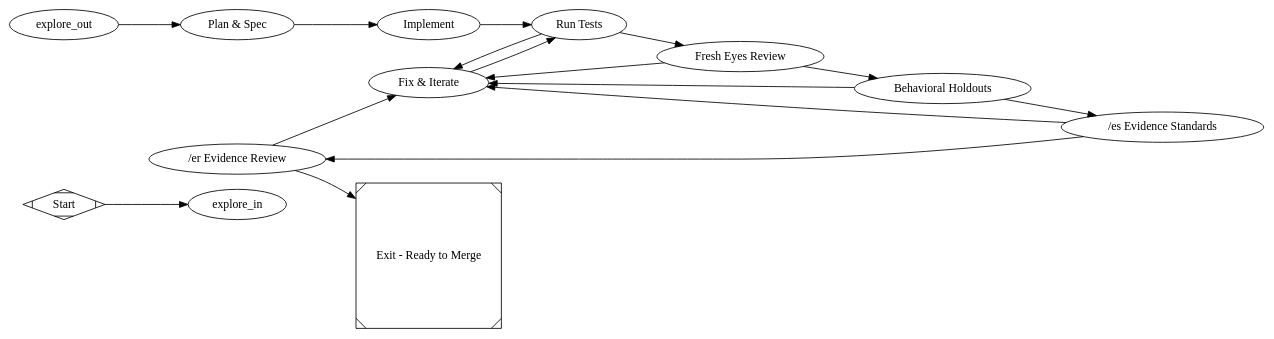
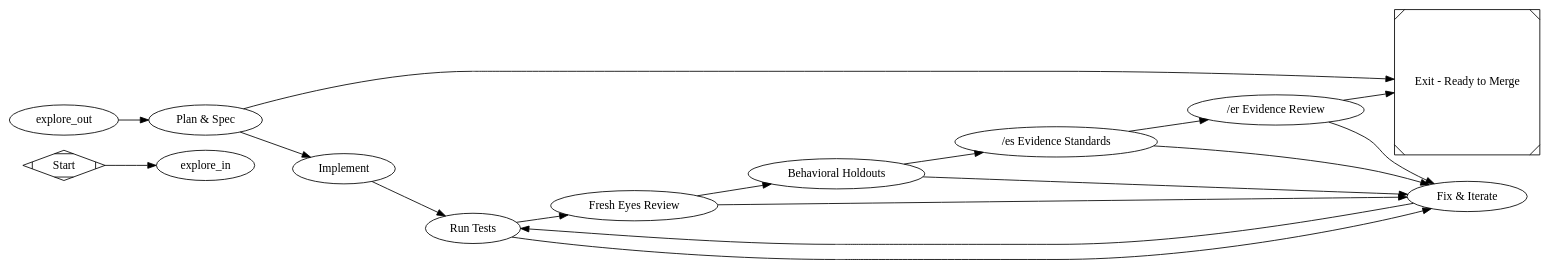
Before and after one commit to jleechanorg/dark-factory: the diagram in pipelines/slim/minimal_feature.dot, drawn with Graphviz. The commit also changed 7 other files, not shown here.

Commit message:
fix: fail closed on MiniMax plan errors [codex][gpt-5.6-luna]

```diff
--- a/pipelines/slim/minimal_feature.dot
+++ b/pipelines/slim/minimal_feature.dot
@@ -1,109 +1,114 @@
 digraph MinimalFeatureFactory {
   graph [
     include="@pipelines/_base.dot",
     goal="Implement a production-ready feature that passes tests, review, and behavioral holdouts"
     rankdir=LR
     model_stylesheet="minimal_feature.model.css"
   ]
 
   start [shape=Mdiamond, label="Start"]
   exit  [shape=Msquare, label="Exit - Ready to Merge"]
 
   // _base.dot provides: explore_in, explore_fanout, explore_{concept,auth,
   // reuse,risks}, explore_join, explore_out.
 
   plan [
     type="codergen",
     label="Plan & Spec",
     class="plan",
     prompt="@prompts/slim/plan.md"
   ]
 
   implement [
     type="codergen",
     label="Implement",
     class="implement",
     prompt="@prompts/slim/implement.md",
     max_retries=2
   ]
 
   test [
     type="tool",
     label="Run Tests",
     command="${state.slim.test_command}",
     validation=true,
     goal_gate=true,
     timeout=600,
     retry_target="fix"
   ]
 
   review [
     type="codergen",
     label="Fresh Eyes Review",
     class="review",
     prompt="@prompts/slim/review.md",
     goal_gate=true,
     retry_target="fix"
   ]
 
   holdout [
     type="holdout_eval",
     label="Behavioral Holdouts",
     feature="${state.feature}",
     validation=true,
     goal_gate=true,
     timeout=600,
     retry_target="fix"
   ]
 
   gate_es [
     type="gate_es",
     label="/es Evidence Standards",
     timeout=600
   ]
 
   // Resolves via the adversarial-review priority queue (codex > minimax >
   // agy is the final supported reviewer fallback so the reviewer is a *different vendor* from the
   // implementing coder. prefer_adversarial=true excludes the run-level
   // coder backend from the queue. Overridable per-run via
   // DARK_FACTORY_ADVERSARIAL_PRIORITY. See pipelines/slim/review_pr.dot.
   gate_er [
     type="gate_er",
     label="/er Evidence Review",
     backend_priority="codex,minimax,agy",
     prefer_adversarial="true",
     timeout=600
   ]
 
   fix [
     type="codergen",
     label="Fix & Iterate",
     class="fix",
     prompt="@prompts/slim/fix.md",
     max_retries=2,
     max_visits="3",
     no_progress_max="2"
   ]
 
   start -> explore_in
   explore_out -> plan
-  plan -> implement
+  // MiniMax is a required planning dependency.  Never continue into the
+  // implementation tier when plan cannot run (for example, a missing
+  // MINIMAX_API_KEY); route that non-success to the failure exit so the run
+  // remains visibly unsuccessful and cannot ship an unplanned change.
+  plan -> implement [condition="outcome=success"]
+  plan -> exit [condition="outcome!=success"]
   implement -> test
 
   test -> review [condition="outcome=success"]
   test -> fix [condition="outcome!=success"]
 
   review -> holdout [condition="outcome=success"]
   review -> fix [condition="outcome!=success"]
 
   holdout -> gate_es [condition="outcome=success"]
   holdout -> fix [condition="outcome!=success"]
 
   gate_es -> gate_er [condition="outcome=success"]
   gate_es -> fix [condition="outcome!=success"]
 
   gate_er -> exit [condition="outcome=success"]
   gate_er -> fix [condition="outcome!=success"]
 
   fix -> test
 }
```
